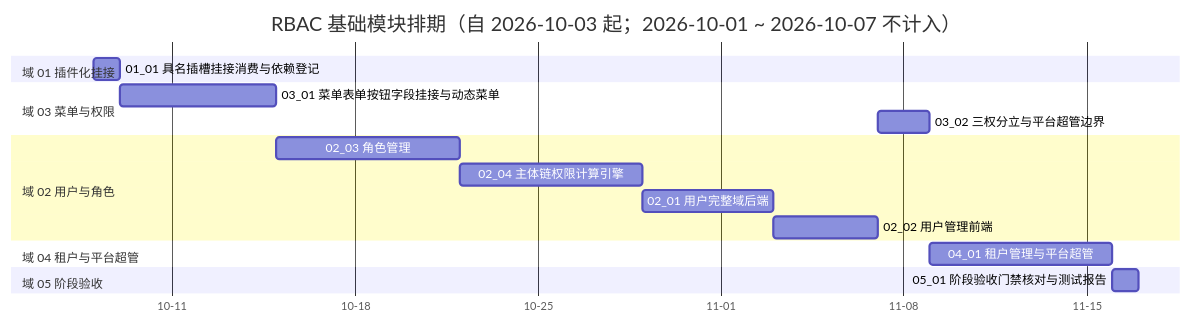
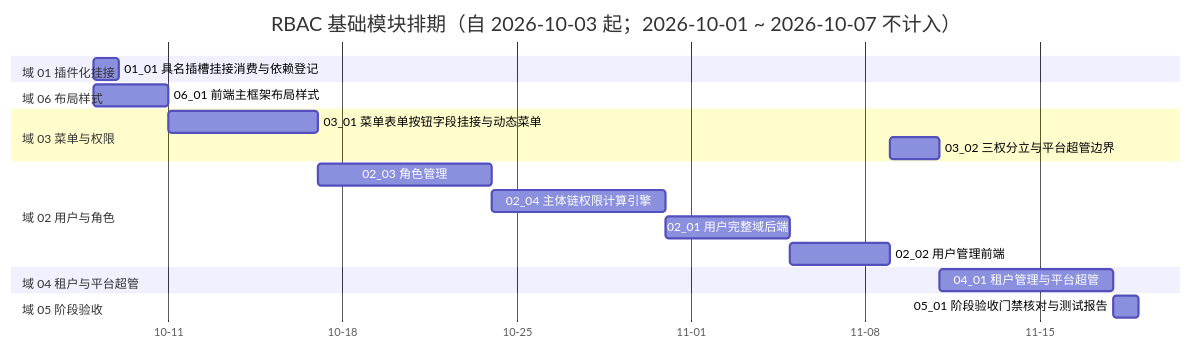
One commit to minjian123/basic-management-system changed the diagram in bms文档/项目/07_RBAC基础模块/计划/01_计划_RBAC基础模块.md. Above: the diagram before and after it, drawn with Mermaid. The commit also changed other lines of this file and 5 other files, not shown here.

````diff
--- a/bms文档/项目/07_RBAC基础模块/计划/01_计划_RBAC基础模块.md
+++ b/bms文档/项目/07_RBAC基础模块/计划/01_计划_RBAC基础模块.md
@@ -43,20 +46,22 @@
 ```mermaid
 gantt
     title RBAC 基础模块排期（自 2026-10-03 起；2026-10-01 ~ 2026-10-07 不计入）
     dateFormat  YYYY-MM-DD
     axisFormat %m-%d
     section 域 01 插件化挂接
     01_01 具名插槽挂接消费与依赖登记 :a0101, 2026-10-08, 1d
+    section 域 06 布局样式
+    06_01 前端主框架布局样式 :a0601, 2026-10-08, 3d
     section 域 03 菜单与权限
-    03_01 菜单表单按钮字段挂接与动态菜单 :a0301, 2026-10-09, 6d
-    03_02 三权分立与平台超管边界 :a0302, 2026-11-07, 2d
+    03_01 菜单表单按钮字段挂接与动态菜单 :a0301, 2026-10-11, 6d
+    03_02 三权分立与平台超管边界 :a0302, 2026-11-09, 2d
     section 域 02 用户与角色
-    02_03 角色管理 :a0203, 2026-10-15, 7d
-    02_04 主体链权限计算引擎 :a0204, 2026-10-22, 7d
-    02_01 用户完整域后端 :a0201, 2026-10-29, 5d
-    02_02 用户管理前端 :a0202, 2026-11-03, 4d
+    02_03 角色管理 :a0203, 2026-10-17, 7d
+    02_04 主体链权限计算引擎 :a0204, 2026-10-24, 7d
+    02_01 用户完整域后端 :a0201, 2026-10-31, 5d
+    02_02 用户管理前端 :a0202, 2026-11-05, 4d
     section 域 04 租户与平台超管
-    04_01 租户管理与平台超管 :a0401, 2026-11-09, 7d
+    04_01 租户管理与平台超管 :a0401, 2026-11-11, 7d
     section 域 05 阶段验收
-    05_01 阶段验收门禁核对与测试报告 :a0501, 2026-11-16, 1d
+    05_01 阶段验收门禁核对与测试报告 :a0501, 2026-11-18, 1d
 ```
````
